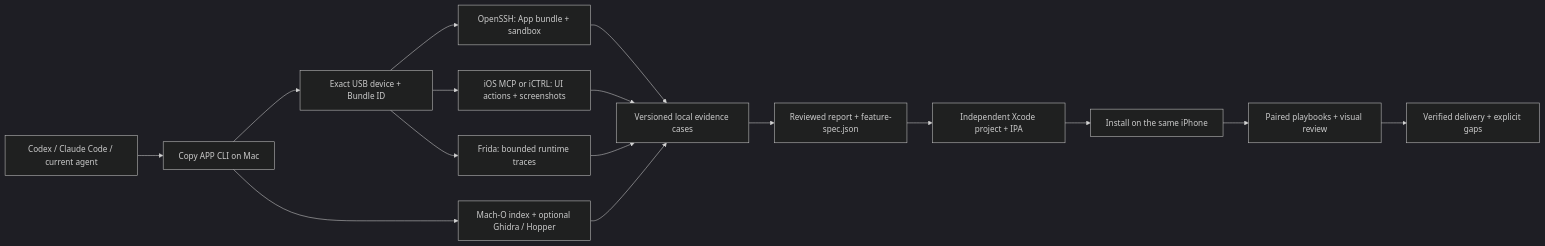
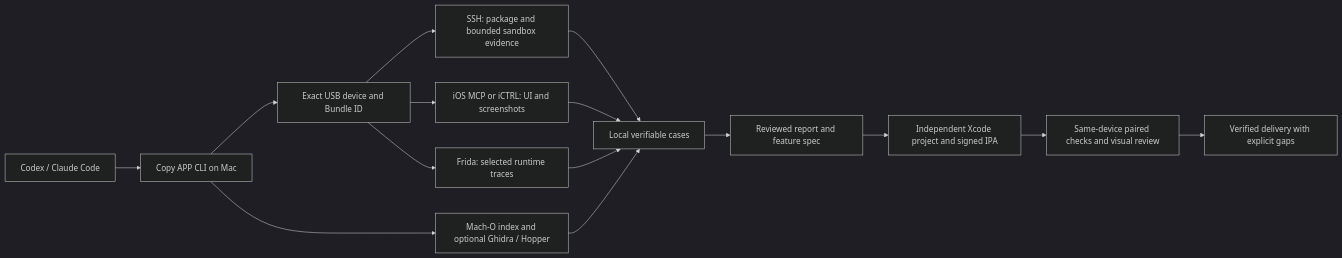
Before and after one commit to everettjf/copyapp: the diagram in README.md, drawn with Mermaid (dark theme). The commit also changed other lines of this file and 230 other files, not shown here.

````diff
--- a/README.md
+++ b/README.md
@@ -83,18 +38,17 @@
 ```mermaid
 flowchart LR
-  A[Codex / Claude Code / current agent] --> B[Copy APP CLI on Mac]
-  B --> C[Exact USB device + Bundle ID]
-  C --> D[OpenSSH: App bundle + sandbox]
-  C --> E[iOS MCP or iCTRL: UI actions + screenshots]
-  C --> F[Frida: bounded runtime traces]
-  D --> G[Versioned local evidence cases]
+  A[Codex / Claude Code] --> B[Copy APP CLI on Mac]
+  B --> C[Exact USB device and Bundle ID]
+  C --> D[SSH: package and bounded sandbox evidence]
+  C --> E[iOS MCP or iCTRL: UI and screenshots]
+  C --> F[Frida: selected runtime traces]
+  D --> G[Local verifiable cases]
   E --> G
   F --> G
-  B --> H[Mach-O index + optional Ghidra / Hopper]
+  B --> H[Mach-O index and optional Ghidra / Hopper]
   H --> G
-  G --> I[Reviewed report + feature-spec.json]
-  I --> J[Independent Xcode project + IPA]
-  J --> K[Install on the same iPhone]
-  K --> L[Paired playbooks + visual review]
-  L --> M[Verified delivery + explicit gaps]
+  G --> I[Reviewed report and feature spec]
+  I --> J[Independent Xcode project and signed IPA]
+  J --> K[Same-device paired checks and visual review]
+  K --> L[Verified delivery with explicit gaps]
 ```
````
